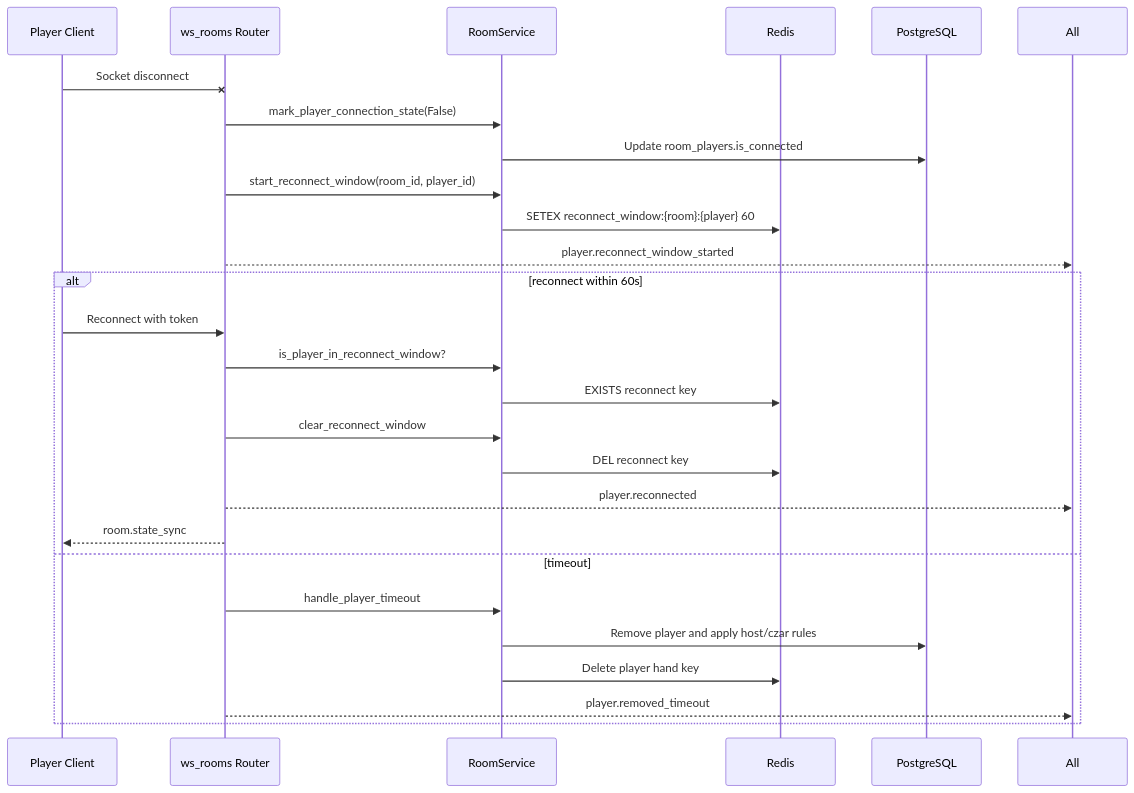
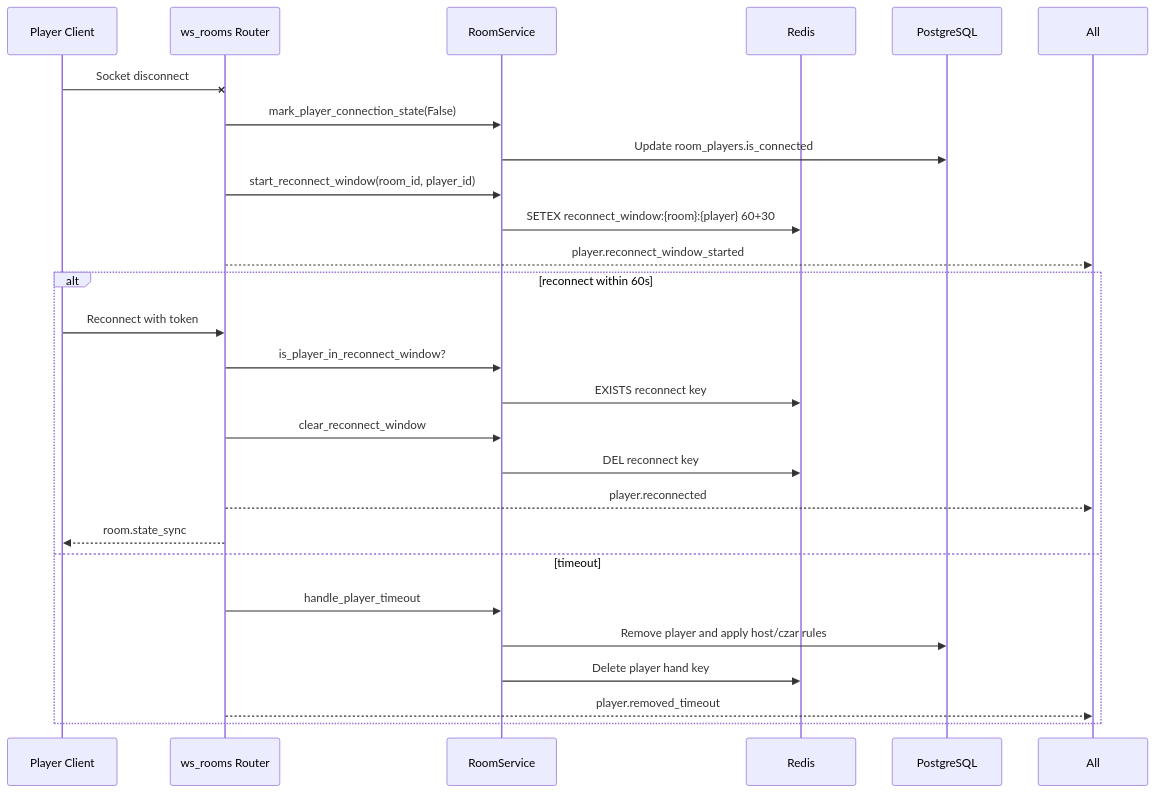
Before and after one commit to lunaf92/Cards-Against-Humanity: the third of 3 diagrams in docs/guide/06-websocket-protocol-and-realtime-flow.md, drawn with Mermaid. The commit also changed other lines of this file and 5 other files, not shown here.

````diff
--- a/docs/guide/06-websocket-protocol-and-realtime-flow.md
+++ b/docs/guide/06-websocket-protocol-and-realtime-flow.md
@@ -174,30 +195,30 @@
 ```mermaid
 sequenceDiagram
 	participant C as Player Client
 	participant WS as ws_rooms Router
 	participant S as RoomService
 	participant R as Redis
 	participant DB as PostgreSQL
 
 	C-xWS: Socket disconnect
 	WS->>S: mark_player_connection_state(False)
 	S->>DB: Update room_players.is_connected
 	WS->>S: start_reconnect_window(room_id, player_id)
-	S->>R: SETEX reconnect_window:{room}:{player} 60
+	S->>R: SETEX reconnect_window:{room}:{player} 60+30
 	WS-->>All: player.reconnect_window_started
 
 	alt reconnect within 60s
 		C->>WS: Reconnect with token
 		WS->>S: is_player_in_reconnect_window?
 		S->>R: EXISTS reconnect key
 		WS->>S: clear_reconnect_window
 		S->>R: DEL reconnect key
 		WS-->>All: player.reconnected
 		WS-->>C: room.state_sync
 	else timeout
 		WS->>S: handle_player_timeout
 		S->>DB: Remove player and apply host/czar rules
 		S->>R: Delete player hand key
 		WS-->>All: player.removed_timeout
 	end
 ```
````
